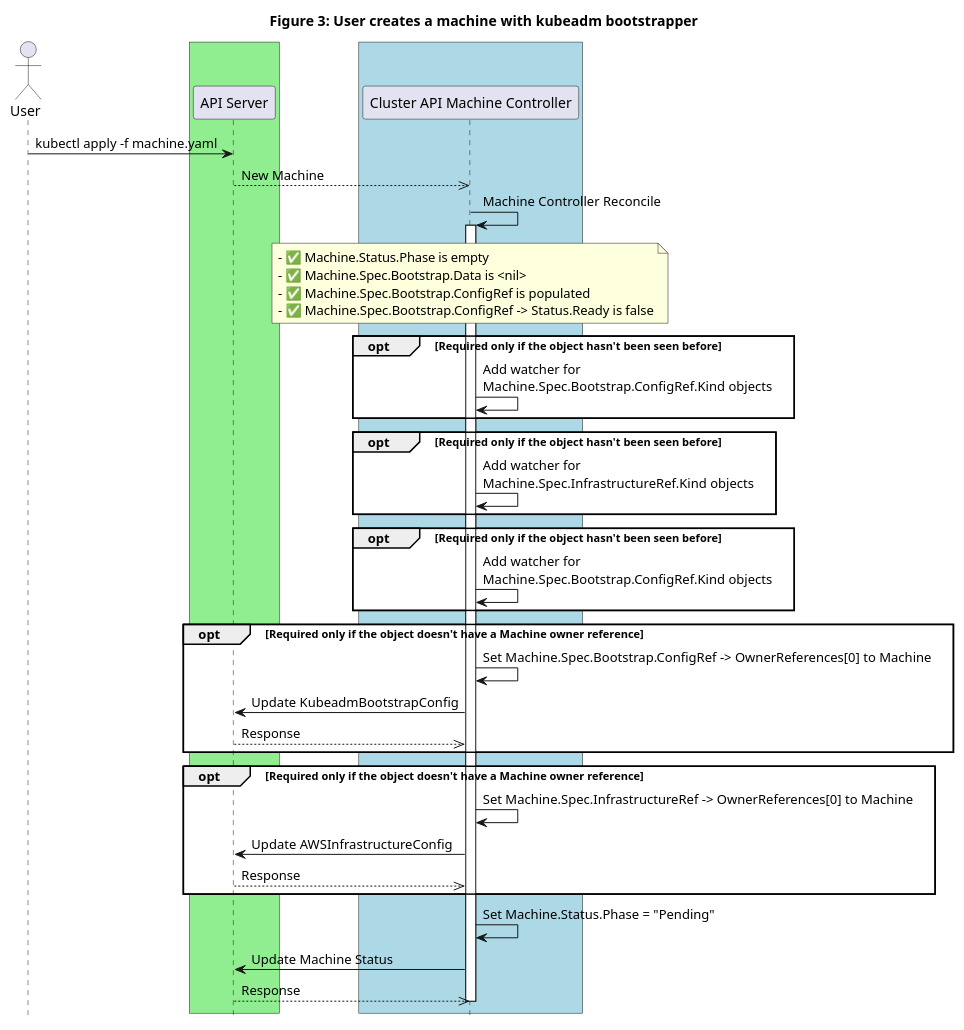
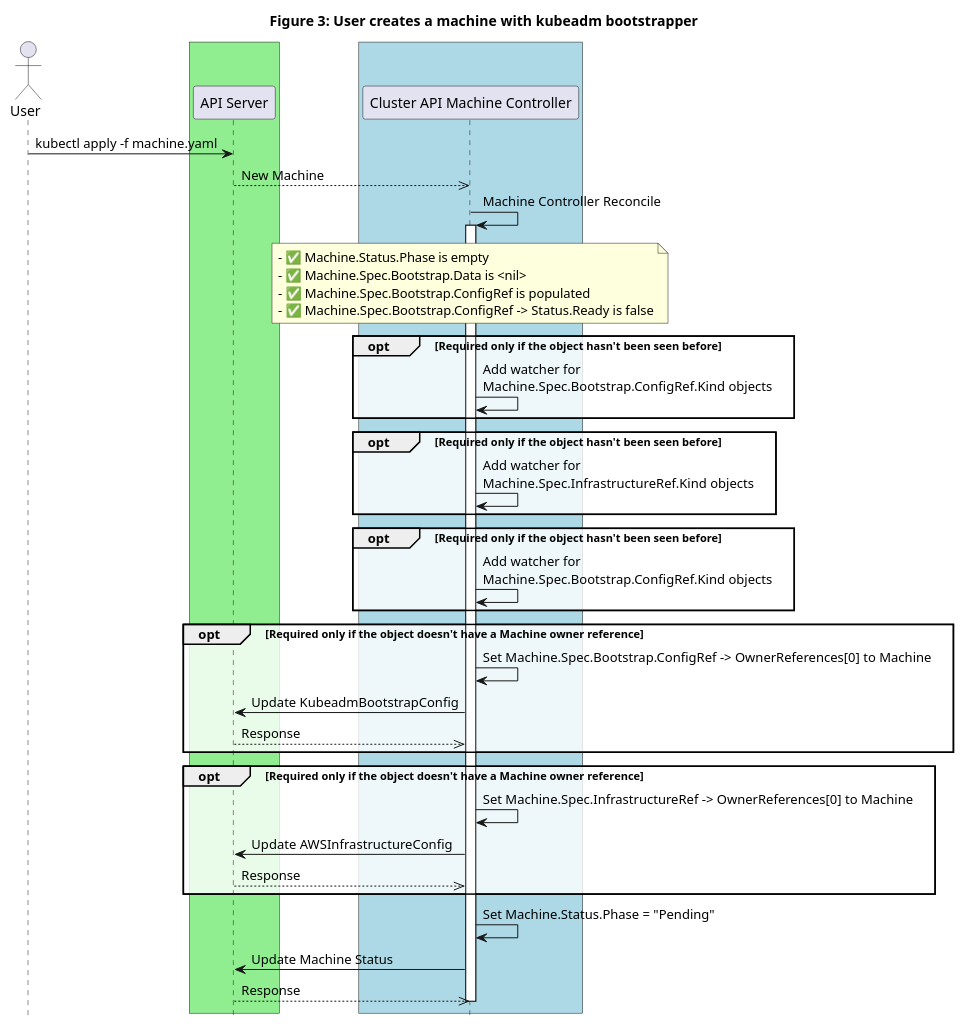
Before and after one commit to kubernetes-sigs/cluster-api: the diagram in docs/proposals/images/machine-states-preboot/Figure3.plantuml, drawn with PlantUML. The commit also changed 27 other files, not shown here.

Commit message:
Add PlantUML diagram transparency for book and proposals

```diff
--- a/docs/proposals/images/machine-states-preboot/Figure3.plantuml
+++ b/docs/proposals/images/machine-states-preboot/Figure3.plantuml
@@ -1,58 +1,58 @@
 @startuml
 title Figure 3: User creates a machine with kubeadm bootstrapper
 actor User
 
 ' -- GROUPS START ---
 
 box #lightgreen
 participant "API Server"
 end box
 
 box #lightblue
 participant "Cluster API Machine Controller"
 end box
 
 ' -- GROUPS END ---
 
 User->"API Server":kubectl apply -f machine.yaml
 "API Server"-->>"Cluster API Machine Controller": New Machine
 
 "Cluster API Machine Controller"-> "Cluster API Machine Controller":Machine Controller Reconcile
 activate "Cluster API Machine Controller"
 
 
 note over "Cluster API Machine Controller": - ✅ Machine.Status.Phase is empty\n- ✅ Machine.Spec.Bootstrap.Data is <nil>\n- ✅ Machine.Spec.Bootstrap.ConfigRef is populated\n- ✅ Machine.Spec.Bootstrap.ConfigRef -> Status.Ready is false
 
-opt #white Required only if the object hasn't been seen before
+opt #FFFFFFCC Required only if the object hasn't been seen before
 "Cluster API Machine Controller"-> "Cluster API Machine Controller":Add watcher for \nMachine.Spec.Bootstrap.ConfigRef.Kind objects
 end
 
-opt #white Required only if the object hasn't been seen before
+opt #FFFFFFCC Required only if the object hasn't been seen before
 "Cluster API Machine Controller"-> "Cluster API Machine Controller":Add watcher for \nMachine.Spec.InfrastructureRef.Kind objects
 end
 
-opt #white Required only if the object hasn't been seen before
+opt #FFFFFFCC Required only if the object hasn't been seen before
 "Cluster API Machine Controller"-> "Cluster API Machine Controller":Add watcher for \nMachine.Spec.Bootstrap.ConfigRef.Kind objects
 end
 
-opt #white Required only if the object doesn't have a Machine owner reference
+opt #FFFFFFCC Required only if the object doesn't have a Machine owner reference
 "Cluster API Machine Controller"-> "Cluster API Machine Controller":Set Machine.Spec.Bootstrap.ConfigRef -> OwnerReferences[0] to Machine
 "Cluster API Machine Controller"->"API Server": Update KubeadmBootstrapConfig
 "Cluster API Machine Controller"<<--"API Server": Response
 end
 
-opt #white Required only if the object doesn't have a Machine owner reference
+opt #FFFFFFCC Required only if the object doesn't have a Machine owner reference
 "Cluster API Machine Controller"-> "Cluster API Machine Controller":Set Machine.Spec.InfrastructureRef -> OwnerReferences[0] to Machine
 "Cluster API Machine Controller"->"API Server": Update AWSInfrastructureConfig
 "Cluster API Machine Controller"<<--"API Server": Response
 end
 
 "Cluster API Machine Controller"-> "Cluster API Machine Controller":Set Machine.Status.Phase = "Pending"
 
 "Cluster API Machine Controller"->"API Server": Update Machine Status
 "Cluster API Machine Controller"<<--"API Server": Response
 
 deactivate "Cluster API Machine Controller"
 
 hide footbox
 @enduml
```
